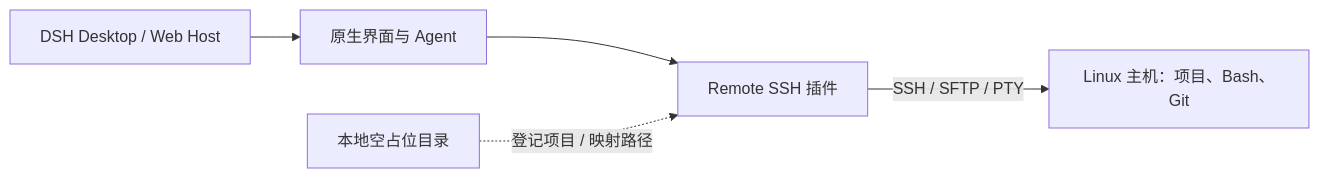
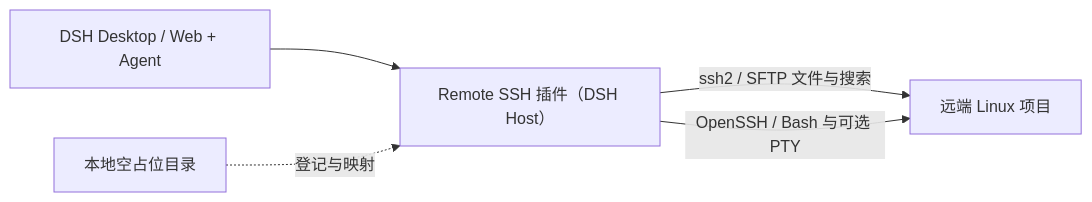
Before and after one commit to WeipengMO/dsh-plugin-remote-ssh: the diagram in README.md, drawn with Mermaid. The commit also changed other lines of this file and 5 other files, not shown here.

````diff
--- a/README.md
+++ b/README.md
@@ -91,12 +98,7 @@
 ```mermaid
 flowchart LR
-    DSH["DSH Desktop / Web Host"]
-    UI["原生界面与 Agent"]
-    Plugin["Remote SSH 插件"]
-    Placeholder["本地空占位目录"]
-    Linux["Linux 主机：项目、Bash、Git"]
-    DSH --> UI
-    UI --> Plugin
-    Placeholder -. "登记项目 / 映射路径" .-> Plugin
-    Plugin -->|"SSH / SFTP / PTY"| Linux
+    UI["DSH Desktop / Web + Agent"] --> Plugin["Remote SSH 插件（DSH Host）"]
+    Local["本地空占位目录"] -. "登记与映射" .-> Plugin
+    Plugin -->|"ssh2 / SFTP 文件与搜索"| Linux["远端 Linux 项目"]
+    Plugin -->|"OpenSSH / Bash 与可选 PTY"| Linux
 ```
````
